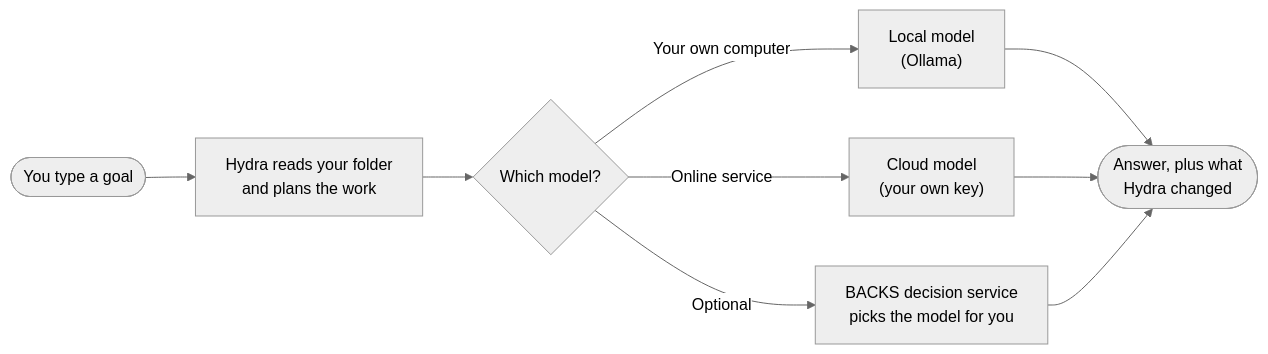
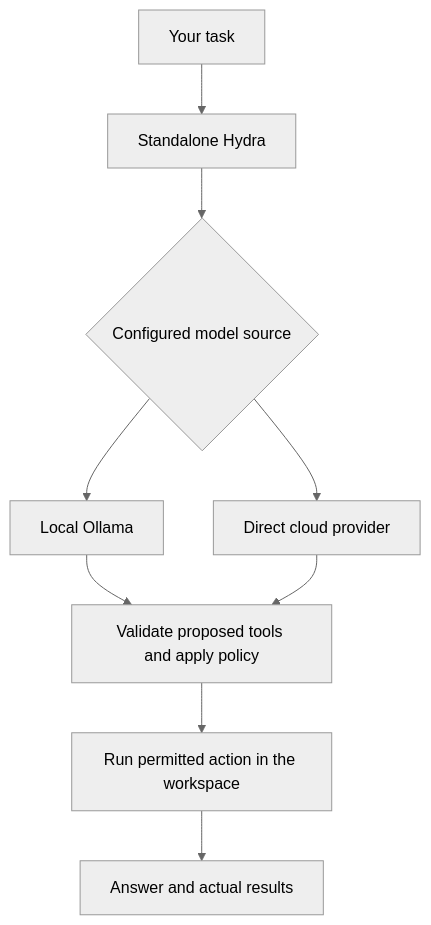
One commit to Tcuzzo/Tcuzzo.github.io changed the diagram in hydra/charts/overview.mmd. Above: the diagram before and after it, drawn with Mermaid (neutral theme). The commit also changed 12 other files, not shown here.

First line of the commit message:
docs: separate public Hydra from private BACKS routing

```diff
--- a/hydra/charts/overview.mmd
+++ b/hydra/charts/overview.mmd
@@ -1,12 +1,12 @@
-flowchart LR
-    You(["You type a goal"]) --> Hydra["Hydra reads your folder<br/>and plans the work"]
-    Hydra --> Model{"Which model?"}
-    Model -->|"Your own computer"| Local["Local model<br/>(Ollama)"]
-    Model -->|"Online service"| Cloud["Cloud model<br/>(your own key)"]
-    Model -->|"Optional"| Router["BACKS decision service<br/>picks the model for you"]
-    Local --> Answer(["Answer, plus what<br/>Hydra changed"])
-    Cloud --> Answer
-    Router --> Answer
-    class Answer ok;
-    class Hydra,Local,Cloud step;
-    class Router opt;
+flowchart TD
+    Goal["Your task"] --> H["Standalone Hydra"]
+    H --> Choice{"Configured model source"}
+    Choice --> Local["Local Ollama"]
+    Choice --> Cloud["Direct cloud provider"]
+    Local --> Policy["Validate proposed tools and apply policy"]
+    Cloud --> Policy
+    Policy --> Tool["Run permitted action in the workspace"]
+    Tool --> Result["Answer and actual results"]
+    class Goal,H,Local,Cloud,Tool step;
+    class Choice,Policy req;
+    class Result ok;
```
